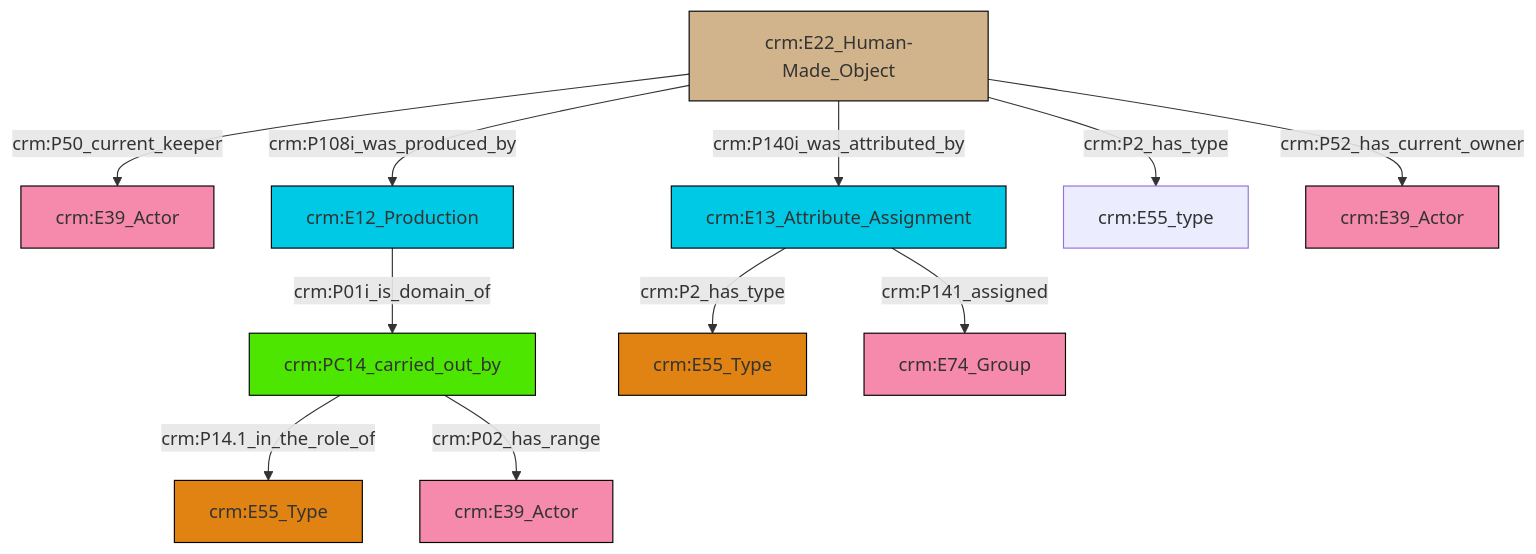
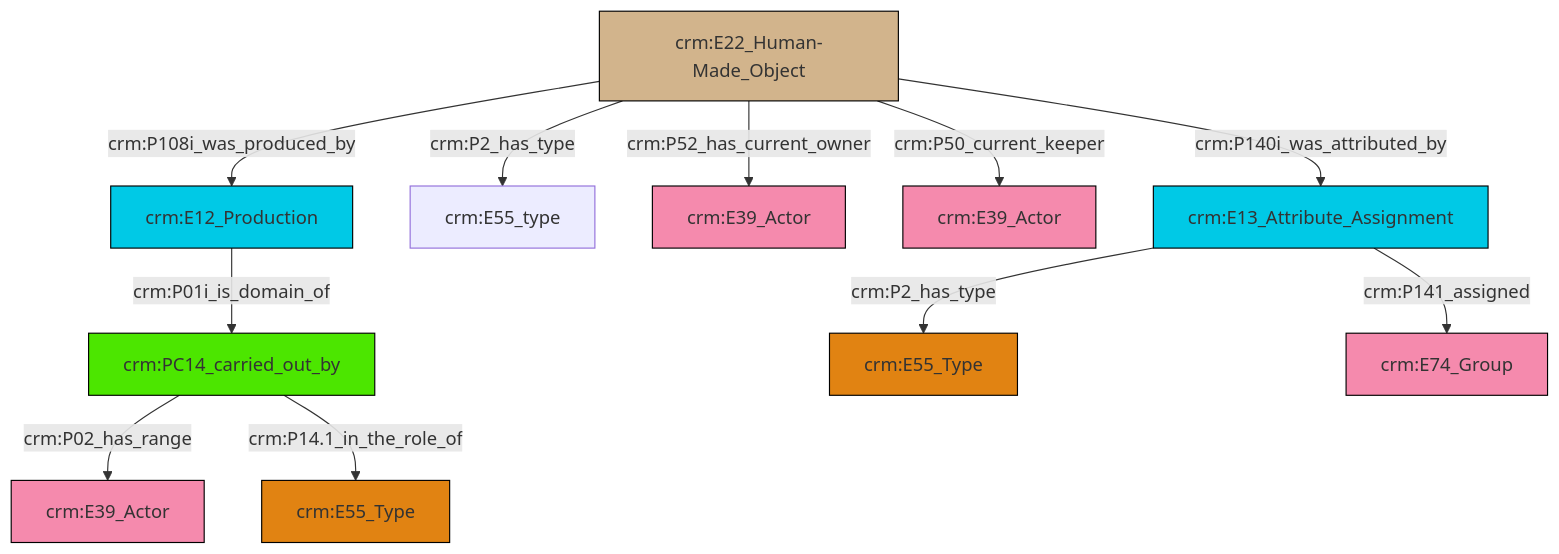
Before and after one commit to swiss-art-research-net/reference-data-models: the diagram in et/artworkCSV/ttl/mmd/Artwork_Actor_Relations.ttl.mmd, drawn with Mermaid. The commit also changed 122 other files, not shown here.

```diff
--- a/et/artworkCSV/ttl/mmd/Artwork_Actor_Relations.ttl.mmd
+++ b/et/artworkCSV/ttl/mmd/Artwork_Actor_Relations.ttl.mmd
@@ -1,25 +1,25 @@
 graph TD
 classDef Literal fill:#f2f2f2,stroke:#000000;
 classDef CRM_Entity fill:#FFFFFF,stroke:#000000;
 classDef Temporal_Entity fill:#00C9E6, stroke:#000000;
 classDef Type fill:#E18312, stroke:#000000;
 classDef Time-Span fill:#2C9C91, stroke:#000000;
 classDef Appellation fill:#FFEB7F, stroke:#000000;
 classDef Place fill:#008836, stroke:#000000;
 classDef Persistent_Item fill:#B266B2, stroke:#000000;
 classDef Conceptual_Object fill:#FFD700, stroke:#000000;
 classDef Physical_Thing fill:#D2B48C, stroke:#000000;
 classDef Actor fill:#f58aad, stroke:#000000;
 classDef PC_Classes fill:#4ce600, stroke:#000000;
 classDef Multi fill:#cccccc,stroke:#000000;
 
-0["crm:E22_Human-Made_Object"]:::Physical_Thing -->|crm:P50_current_keeper| 1["crm:E39_Actor"]:::Actor
-3["crm:E12_Production"]:::Temporal_Entity -->|crm:P01i_is_domain_of| 5["crm:PC14_carried_out_by"]:::PC_Classes
-6["crm:E13_Attribute_Assignment"]:::Temporal_Entity -->|crm:P2_has_type| 7["crm:E55_Type"]:::Type
-5["crm:PC14_carried_out_by"]:::PC_Classes -->|crm:P14.1_in_the_role_of| 9["crm:E55_Type"]:::Type
-5["crm:PC14_carried_out_by"]:::PC_Classes -->|crm:P02_has_range| 13["crm:E39_Actor"]:::Actor
-0["crm:E22_Human-Made_Object"]:::Physical_Thing -->|crm:P2_has_type| 10["crm:E55_type"]:::Default
-0["crm:E22_Human-Made_Object"]:::Physical_Thing -->|crm:P140i_was_attributed_by| 6["crm:E13_Attribute_Assignment"]:::Temporal_Entity
-6["crm:E13_Attribute_Assignment"]:::Temporal_Entity -->|crm:P141_assigned| 18["crm:E74_Group"]:::Actor
-0["crm:E22_Human-Made_Object"]:::Physical_Thing -->|crm:P52_has_current_owner| 15["crm:E39_Actor"]:::Actor
-0["crm:E22_Human-Made_Object"]:::Physical_Thing -->|crm:P108i_was_produced_by| 3["crm:E12_Production"]:::Temporal_Entity
+2["crm:E13_Attribute_Assignment"]:::Temporal_Entity -->|crm:P2_has_type| 3["crm:E55_Type"]:::Type
+4["crm:E22_Human-Made_Object"]:::Physical_Thing -->|crm:P108i_was_produced_by| 5["crm:E12_Production"]:::Temporal_Entity
+5["crm:E12_Production"]:::Temporal_Entity -->|crm:P01i_is_domain_of| 10["crm:PC14_carried_out_by"]:::PC_Classes
+4["crm:E22_Human-Made_Object"]:::Physical_Thing -->|crm:P2_has_type| 0["crm:E55_type"]:::Default
+4["crm:E22_Human-Made_Object"]:::Physical_Thing -->|crm:P52_has_current_owner| 14["crm:E39_Actor"]:::Actor
+10["crm:PC14_carried_out_by"]:::PC_Classes -->|crm:P02_has_range| 11["crm:E39_Actor"]:::Actor
+4["crm:E22_Human-Made_Object"]:::Physical_Thing -->|crm:P50_current_keeper| 17["crm:E39_Actor"]:::Actor
+4["crm:E22_Human-Made_Object"]:::Physical_Thing -->|crm:P140i_was_attributed_by| 2["crm:E13_Attribute_Assignment"]:::Temporal_Entity
+10["crm:PC14_carried_out_by"]:::PC_Classes -->|crm:P14.1_in_the_role_of| 7["crm:E55_Type"]:::Type
+2["crm:E13_Attribute_Assignment"]:::Temporal_Entity -->|crm:P141_assigned| 20["crm:E74_Group"]:::Actor
```
